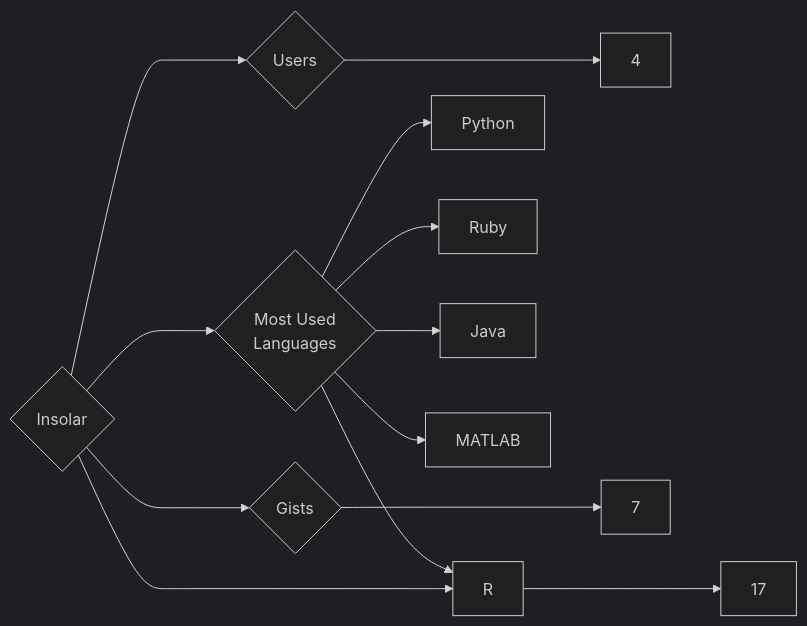
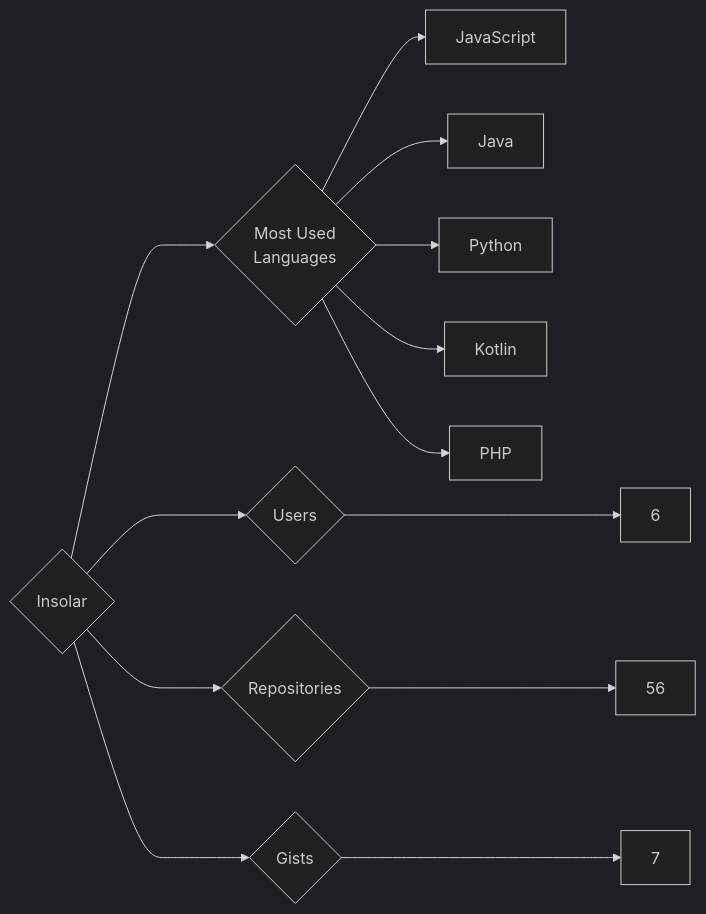
Before and after one commit to trickest/insiders: the diagram in targets/Insolar/README.md, drawn with Mermaid (dark theme). The commit also changed 882 other files, not shown here.

````diff
--- a/targets/Insolar/README.md
+++ b/targets/Insolar/README.md
@@ -3,13 +3,13 @@
 ```mermaid
 graph LR
 COMPANY_NAME{Insolar}
-COMPANY_NAME ---> U{Users} ---> UN[4]
-COMPANY_NAME ---> R{Repositories} ---> RN[17]
+COMPANY_NAME ---> U{Users} ---> UN[6]
+COMPANY_NAME ---> R{Repositories} ---> RN[56]
 COMPANY_NAME ---> G{Gists} ---> GN[7]
 COMPANY_NAME ---> ML{Most Used<br>Languages}
+ML --> JavaScript[JavaScript]
+ML --> Java[Java]
 ML --> Python[Python]
-ML --> Ruby[Ruby]
-ML --> Java[Java]
-ML --> R[R]
-ML --> MATLAB[MATLAB]
+ML --> Kotlin[Kotlin]
+ML --> PHP[PHP]
 ```
````
